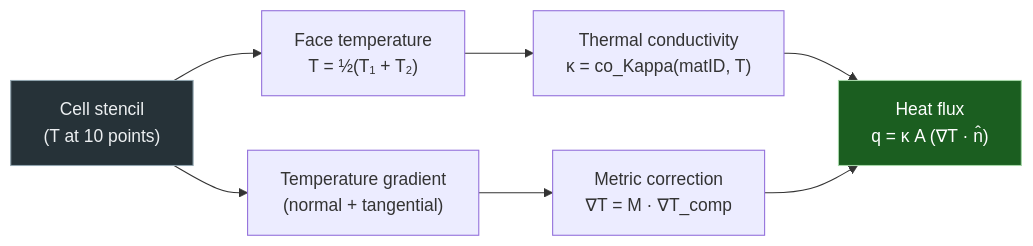
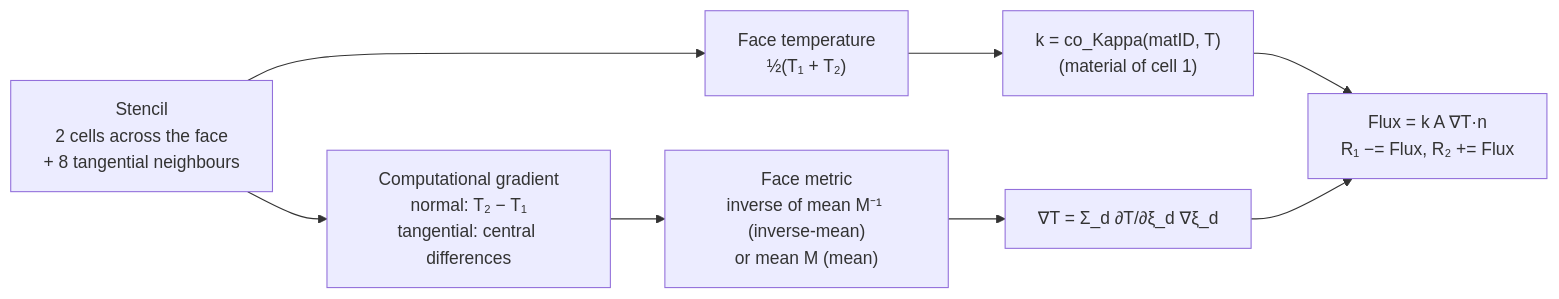
One commit to open-hydra/FUSS changed the fifth of 6 diagrams in docs/development/structure.md. Above: the diagram before and after it, drawn with Mermaid. The commit also changed other lines of this file and 40 other files, not shown here.

````diff
--- a/docs/development/structure.md
+++ b/docs/development/structure.md
@@ -269,12 +233,10 @@
 ```mermaid
 flowchart LR
-    A["Cell stencil<br/>(T at 10 points)"] --> B["Face temperature<br/>T = ½(T₁ + T₂)"]
-    B --> C["Thermal conductivity<br/>κ = co_Kappa(matID, T)"]
-    A --> D["Temperature gradient<br/>(normal + tangential)"]
-    D --> E["Metric correction<br/>∇T = M · ∇T_comp"]
-    C --> F["Heat flux<br/>q = κ A (∇T · n̂)"]
-    E --> F
-
-    style A fill:#263238,stroke:#90a4ae,color:#eceff1
-    style F fill:#1b5e20,stroke:#a5d6a7,color:#fff
+    A["Stencil<br/>2 cells across the face<br/>+ 8 tangential neighbours"] --> D["Computational gradient<br/>normal: T₂ − T₁<br/>tangential: central differences"]
+    A --> B["Face temperature<br/>½(T₁ + T₂)"]
+    B --> C["k = co_Kappa(matID, T)<br/>(material of cell 1)"]
+    D --> E["Face metric<br/>inverse of mean M⁻¹ (inverse-mean)<br/>or mean M (mean)"]
+    E --> G["∇T = Σ_d ∂T/∂ξ_d ∇ξ_d"]
+    C --> F["Flux = k A ∇T·n<br/>R₁ −= Flux, R₂ += Flux"]
+    G --> F
 ```
````
